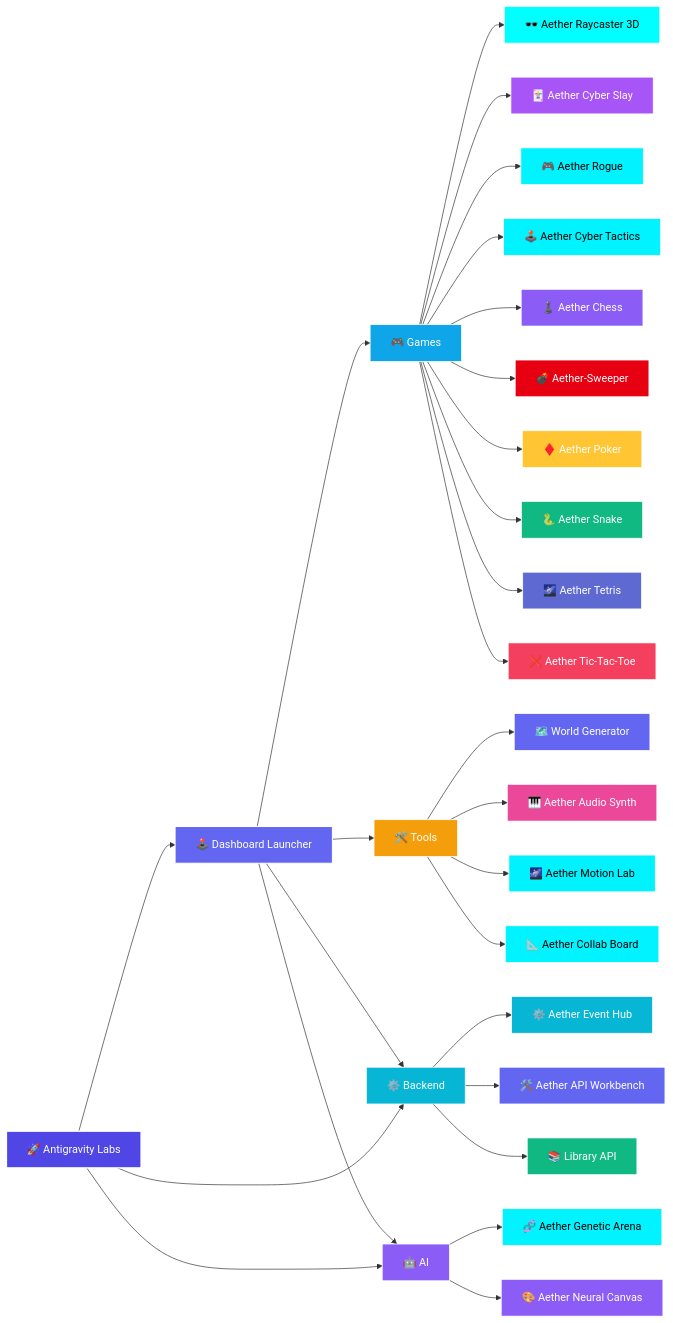
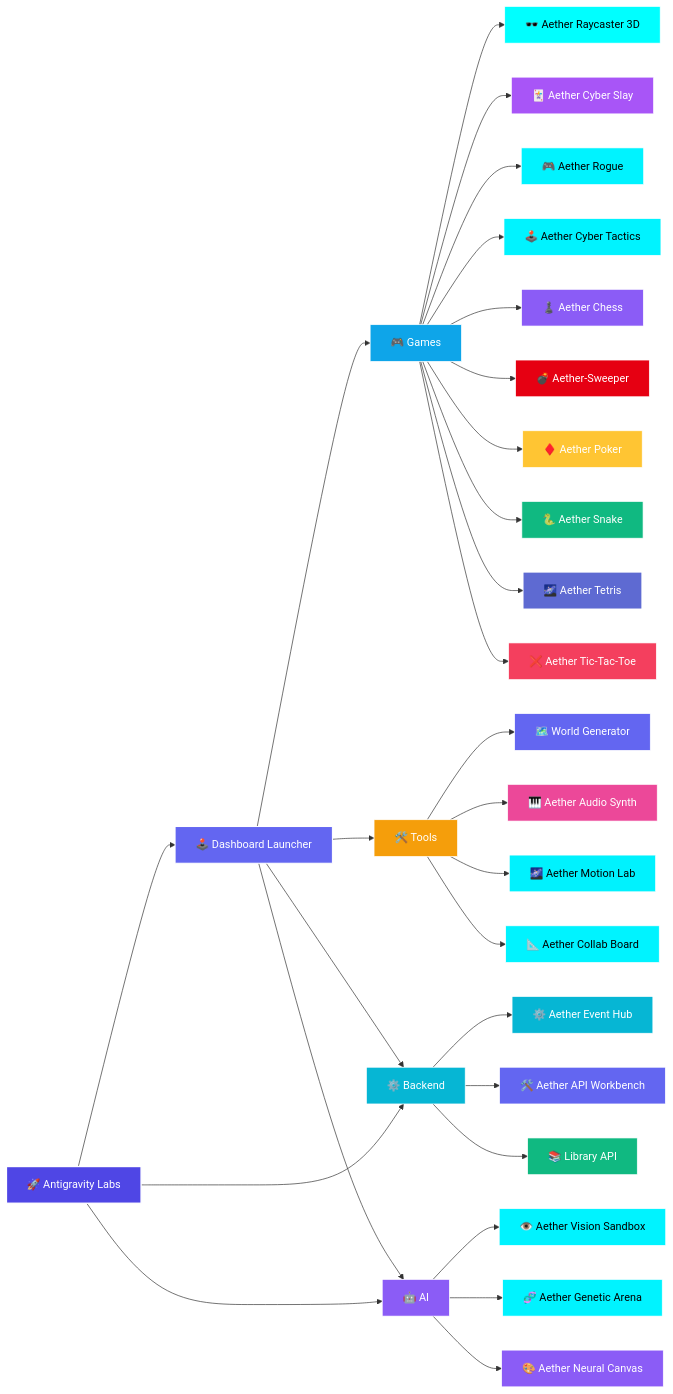
The diagram in README.md (Leturnos/antigravity-labs), drawn with Mermaid before and after one commit. The commit also changed other lines of this file and 2 other files, not shown here.

Commit message:
feat(hub): integrate Aether Vision Sandbox into launcher dashboard and root styles

````diff
--- a/README.md
+++ b/README.md
@@ -44,63 +46,65 @@
 ```mermaid
 flowchart LR
     Root["🚀 Antigravity Labs"]
     Launcher["🕹️ Dashboard Launcher"]
 
     Root --> Launcher
     Root --> Backend["⚙️ Backend"]
     Root --> AI["🤖 AI"]
 
     Launcher --> Games["🎮 Games"]
     Launcher --> Tools["🛠️ Tools"]
     Launcher --> AI["🤖 AI"]
     Launcher --> Backend["⚙️ Backend"]
 
     Games --> Raycaster["🕶️ Aether Raycaster 3D"]
     Games --> CyberSlay["🃏 Aether Cyber Slay"]
     Games --> Rogue["🎮 Aether Rogue"]
     Games --> Tactics["🕹️ Aether Cyber Tactics"]
     Games --> Chess["♟️ Aether Chess"]
     Games --> Sweeper["💣 Aether-Sweeper"]
     Games --> Poker["♦️ Aether Poker"]
     Games --> Snake["🐍 Aether Snake"]
     Games --> Tetris["🌌 Aether Tetris"]
     Games --> TicTacToe["❌ Aether Tic-Tac-Toe"]
 
     Backend --> EventHub["⚙️ Aether Event Hub"]
     Backend --> APIWorkbench["🛠️ Aether API Workbench"]
     Backend --> LibraryAPI["📚 Library API"]
     
     Tools --> WorldGen["🗺️ World Generator"]
     Tools --> AudioSynth["🎹 Aether Audio Synth"]
     Tools --> MotionLab["🌌 Aether Motion Lab"]
     Tools --> CollabBoard["📐 Aether Collab Board"]
 
+    AI --> VisionSandbox["👁️ Aether Vision Sandbox"]
     AI --> GeneticArena["🧬 Aether Genetic Arena"]
     AI --> NeuralCanvas["🎨 Aether Neural Canvas"]
 
     style Root fill:#4f46e5,stroke:#fff,stroke-width:2px,color:#fff
     style Launcher fill:#6366f1,stroke:#fff,stroke-width:1.5px,color:#fff
     style Games fill:#0ea5e9,stroke:#fff,stroke-width:1px,color:#fff
     style Backend fill:#06b6d4,stroke:#fff,stroke-width:1px,color:#fff
     style AI fill:#8b5cf6,stroke:#fff,stroke-width:1px,color:#fff
     style Tools fill:#f59e0b,stroke:#fff,stroke-width:1px,color:#fff
     style Raycaster fill:#00ffff,stroke:#fff,stroke-width:1px,color:#000
     style CyberSlay fill:#a855f7,stroke:#fff,stroke-width:1px,color:#fff
     style Rogue fill:#00f3ff,stroke:#fff,stroke-width:1px,color:#000
     style Tactics fill:#00f3ff,stroke:#fff,stroke-width:1px,color:#000
     style Chess fill:#8b5cf6,stroke:#fff,stroke-width:1px,color:#fff
     style Sweeper fill:#e60012,stroke:#fff,stroke-width:1px,color:#fff
     style Poker fill:#ffc533,stroke:#fff,stroke-width:1px,color:#fff
     style Snake fill:#10b981,stroke:#fff,stroke-width:1px,color:#fff
     style Tetris fill:#5e6ad2,stroke:#fff,stroke-width:1px,color:#fff
     style TicTacToe fill:#f43f5e,stroke:#fff,stroke-width:1px,color:#fff
     style EventHub fill:#06b6d4,stroke:#fff,stroke-width:1px,color:#fff
     style APIWorkbench fill:#6366f1,stroke:#fff,stroke-width:1px,color:#fff
     style LibraryAPI fill:#10b981,stroke:#fff,stroke-width:1px,color:#fff
     style WorldGen fill:#6366f1,stroke:#fff,stroke-width:1px,color:#fff
     style AudioSynth fill:#ec4899,stroke:#fff,stroke-width:1px,color:#fff
     style MotionLab fill:#00f2fe,stroke:#fff,stroke-width:1px,color:#000
     style CollabBoard fill:#00f3ff,stroke:#fff,stroke-width:1px,color:#000
+    style VisionSandbox fill:#00f3ff,stroke:#fff,stroke-width:1px,color:#000
     style GeneticArena fill:#00f3ff,stroke:#fff,stroke-width:1px,color:#000
     style NeuralCanvas fill:#8b5cf6,stroke:#fff,stroke-width:1px,color:#fff
 ```
````
